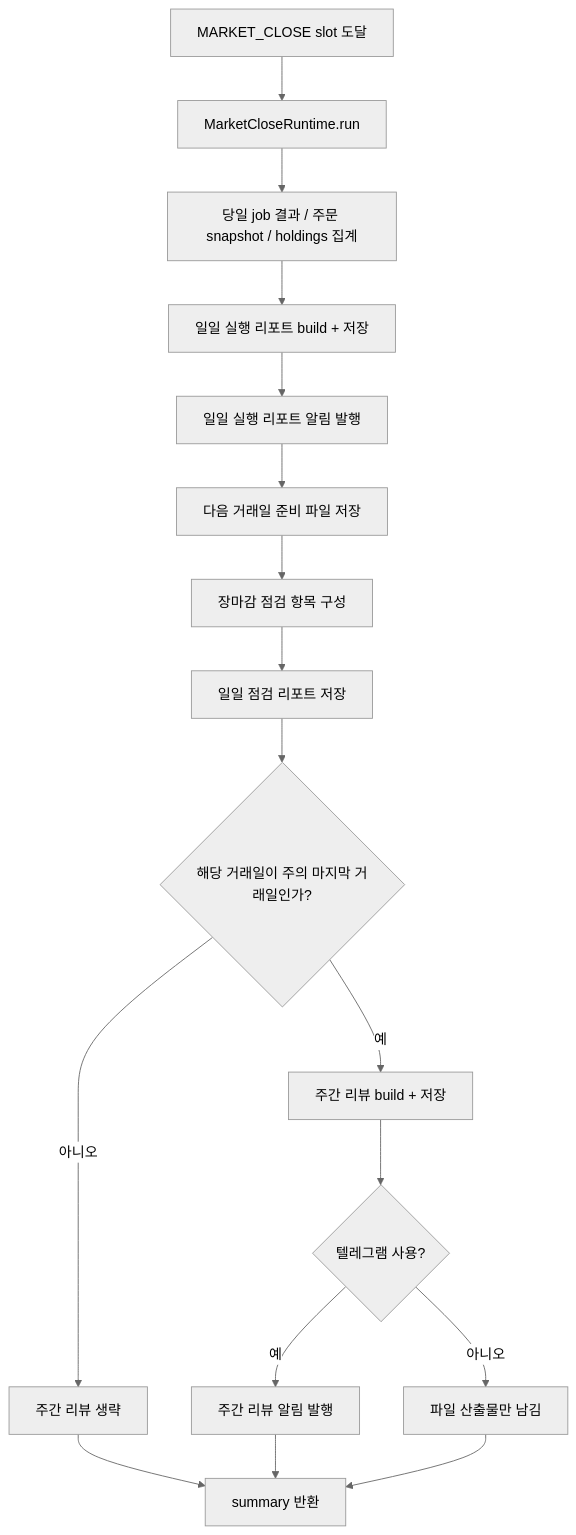
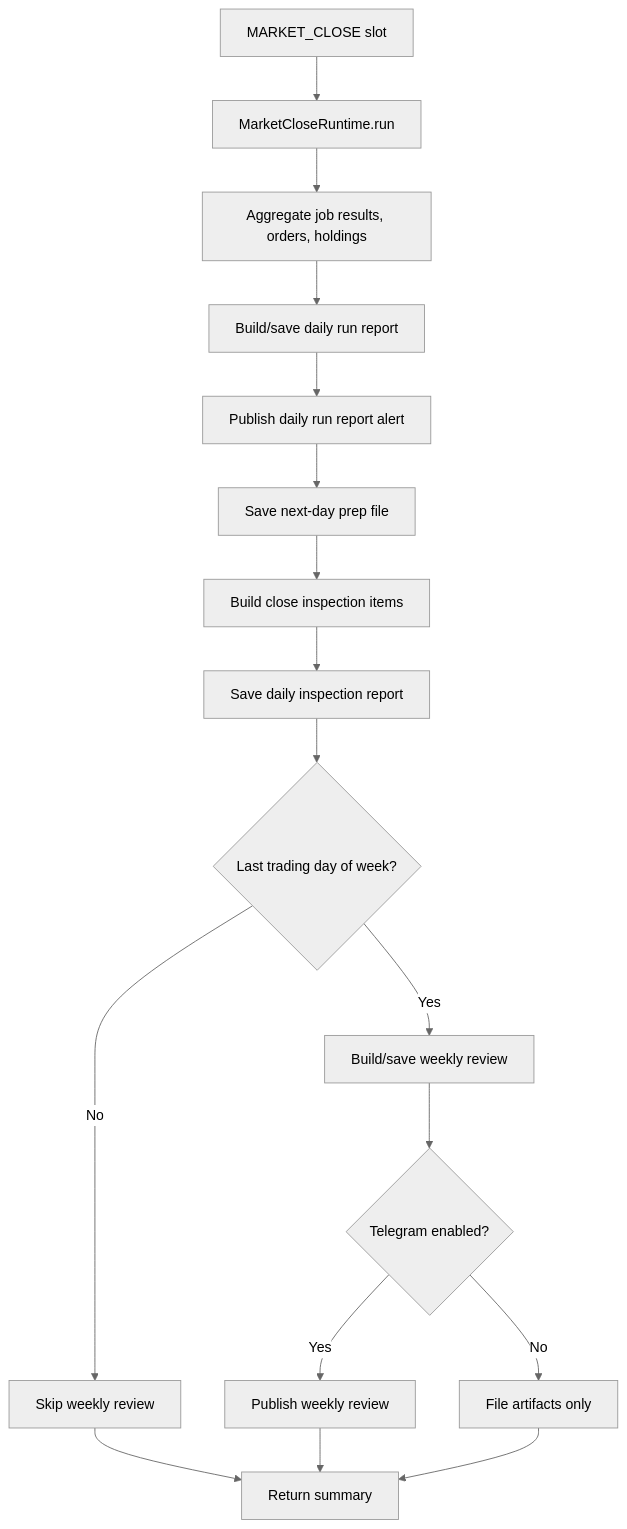
Before and after one commit to MQ813/AutoTrade: the sixth of 7 diagrams in docs/cli_run_continuous_flow.md, drawn with Mermaid (neutral theme). The commit also changed other lines of this file and 17 other files, not shown here.

````diff
--- a/docs/cli_run_continuous_flow.md
+++ b/docs/cli_run_continuous_flow.md
@@ -106,19 +102,19 @@
 ```mermaid
 flowchart TD
-    A[MARKET_CLOSE slot 도달] --> B[MarketCloseRuntime.run]
-    B --> C[당일 job 결과 / 주문 snapshot / holdings 집계]
-    C --> D[일일 실행 리포트 build + 저장]
-    D --> E[일일 실행 리포트 알림 발행]
-    E --> F[다음 거래일 준비 파일 저장]
-    F --> G[장마감 점검 항목 구성]
-    G --> H[일일 점검 리포트 저장]
-    H --> I{해당 거래일이 주의 마지막 거래일인가?}
-    I -->|아니오| J[주간 리뷰 생략]
-    I -->|예| K[주간 리뷰 build + 저장]
-    K --> L{텔레그램 사용?}
-    L -->|예| M[주간 리뷰 알림 발행]
-    L -->|아니오| N[파일 산출물만 남김]
-    J --> O[summary 반환]
+    A[MARKET_CLOSE slot] --> B[MarketCloseRuntime.run]
+    B --> C[Aggregate job results, orders, holdings]
+    C --> D[Build/save daily run report]
+    D --> E[Publish daily run report alert]
+    E --> F[Save next-day prep file]
+    F --> G[Build close inspection items]
+    G --> H[Save daily inspection report]
+    H --> I{Last trading day of week?}
+    I -->|No| J[Skip weekly review]
+    I -->|Yes| K[Build/save weekly review]
+    K --> L{Telegram enabled?}
+    L -->|Yes| M[Publish weekly review]
+    L -->|No| N[File artifacts only]
+    J --> O[Return summary]
     M --> O
     N --> O
 ```
````
